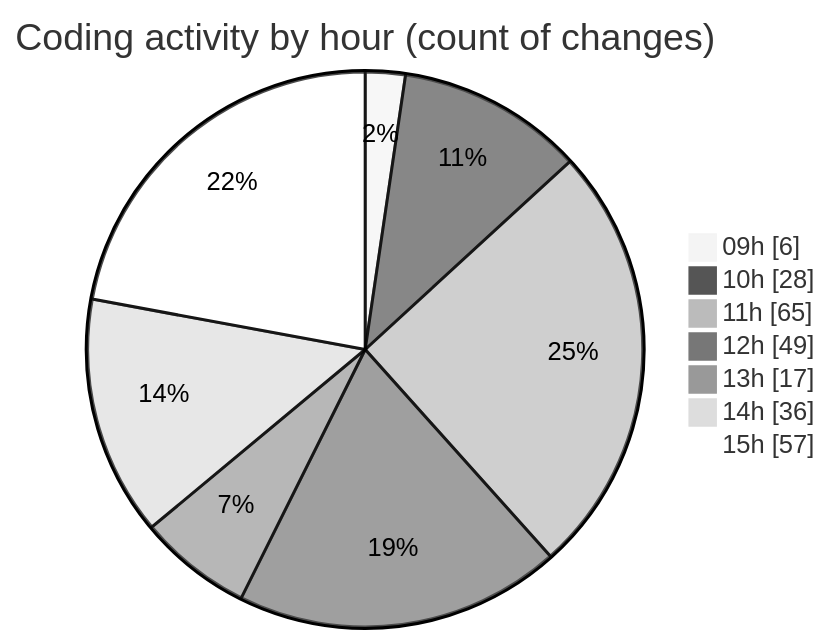
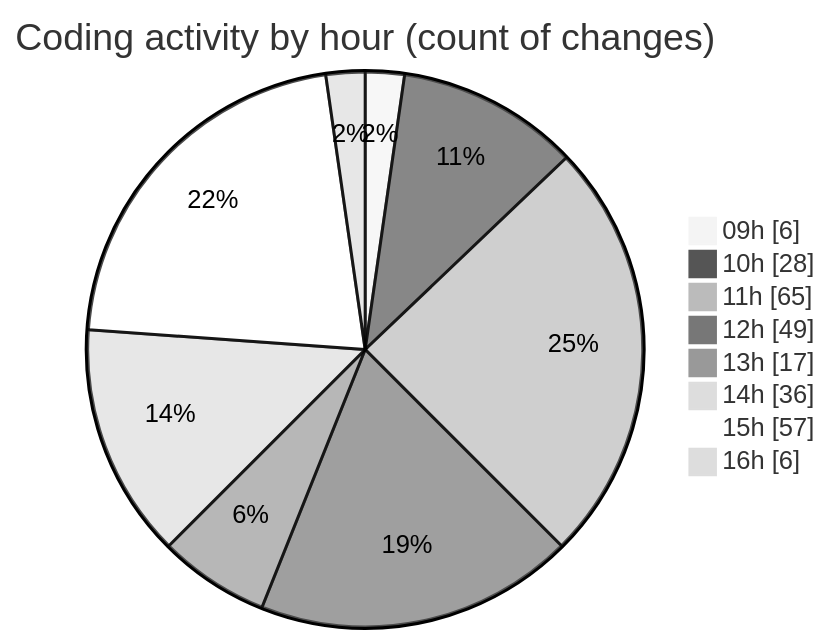
The second of 2 diagrams in 2025-03-27/cda/README.md (momahboobian/code-tracking), drawn with Mermaid (neutral theme) before and after one commit. The commit also changed other lines of this file and 1 other file, not shown here.

````diff
--- a/2025-03-27/cda/README.md
+++ b/2025-03-27/cda/README.md
@@ -31,11 +31,12 @@
 ```mermaid
 pie showData
 title Coding activity by hour (count of changes)
 "09h" : 6
 "10h" : 28
 "11h" : 65
 "12h" : 49
 "13h" : 17
 "14h" : 36
 "15h" : 57
+"16h" : 6
 ```
````
